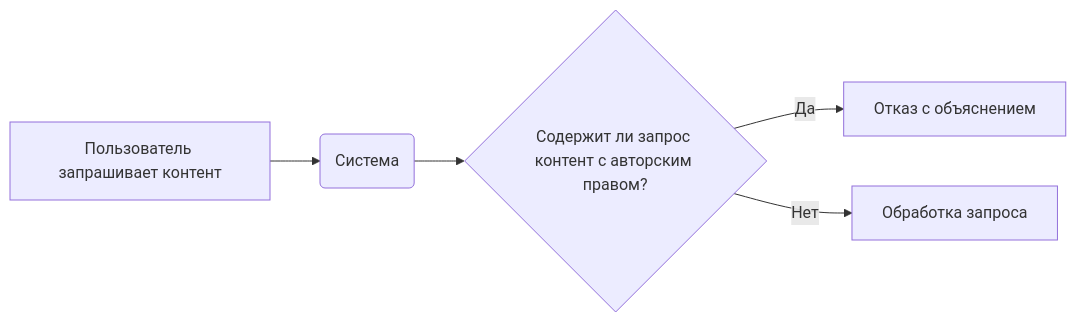
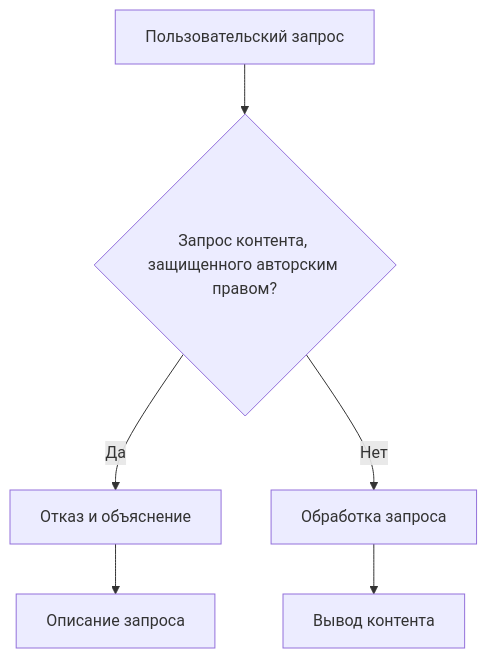
Before and after one commit to hypo69/hypo: the diagram in docs/gemini/ru/explainer/src/ai/tiny_troupe/TinyTroupe/tinytroupe/prompts/rai_copyright_infringement_prevention.md, drawn with Mermaid. The commit also changed other lines of this file and 632 other files, not shown here.

````diff
--- a/docs/gemini/ru/explainer/src/ai/tiny_troupe/TinyTroupe/tinytroupe/prompts/rai_copyright_infringement_prevention.md
+++ b/docs/gemini/ru/explainer/src/ai/tiny_troupe/TinyTroupe/tinytroupe/prompts/rai_copyright_infringement_prevention.md
@@ -24,7 +29,8 @@
 ```mermaid
-graph LR
-    A[Пользователь запрашивает контент] --> B(Система);
-    B --> C{Содержит ли запрос контент с авторским правом?};
-    C -- Да --> D[Отказ с объяснением];
-    C -- Нет --> E[Обработка запроса];
+graph TD
+    A[Пользовательский запрос] --> B{Запрос контента, защищенного авторским правом?};
+    B -- Да --> C[Отказ и объяснение];
+    B -- Нет --> D[Обработка запроса];
+    C --> E[Описание запроса];
+    D --> F[Вывод контента];
 ```
````
